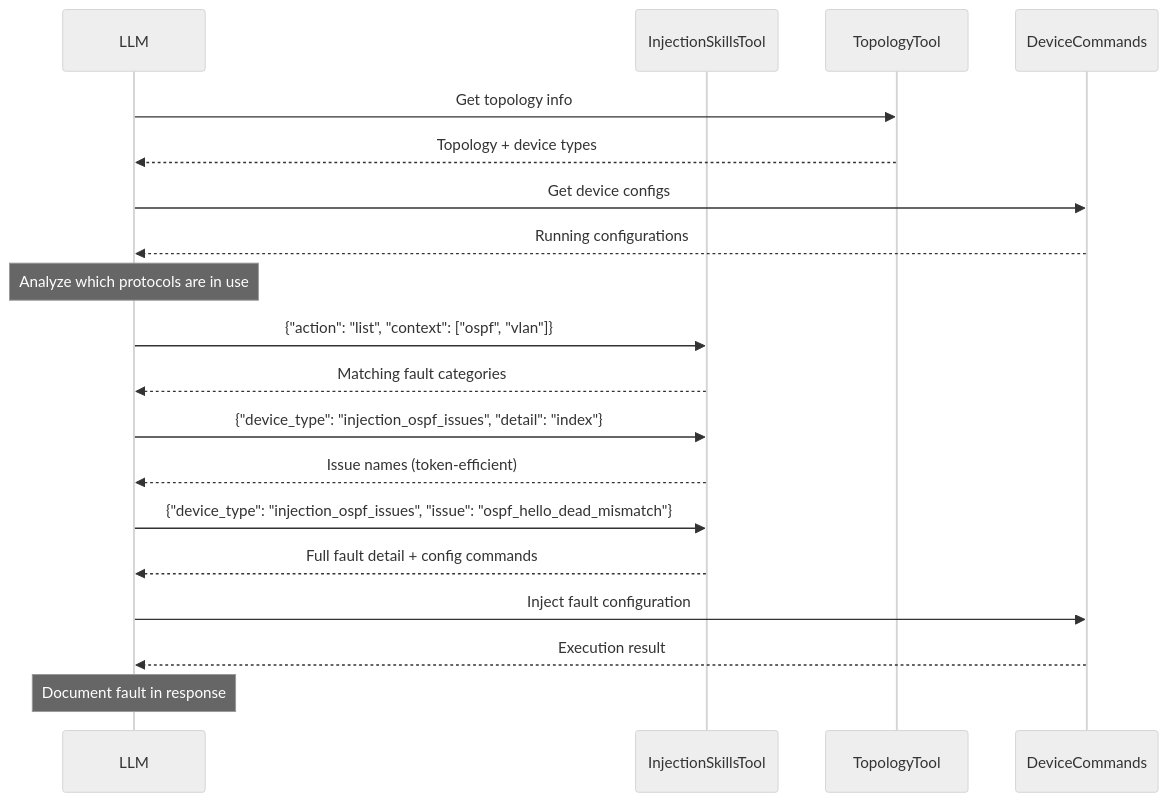
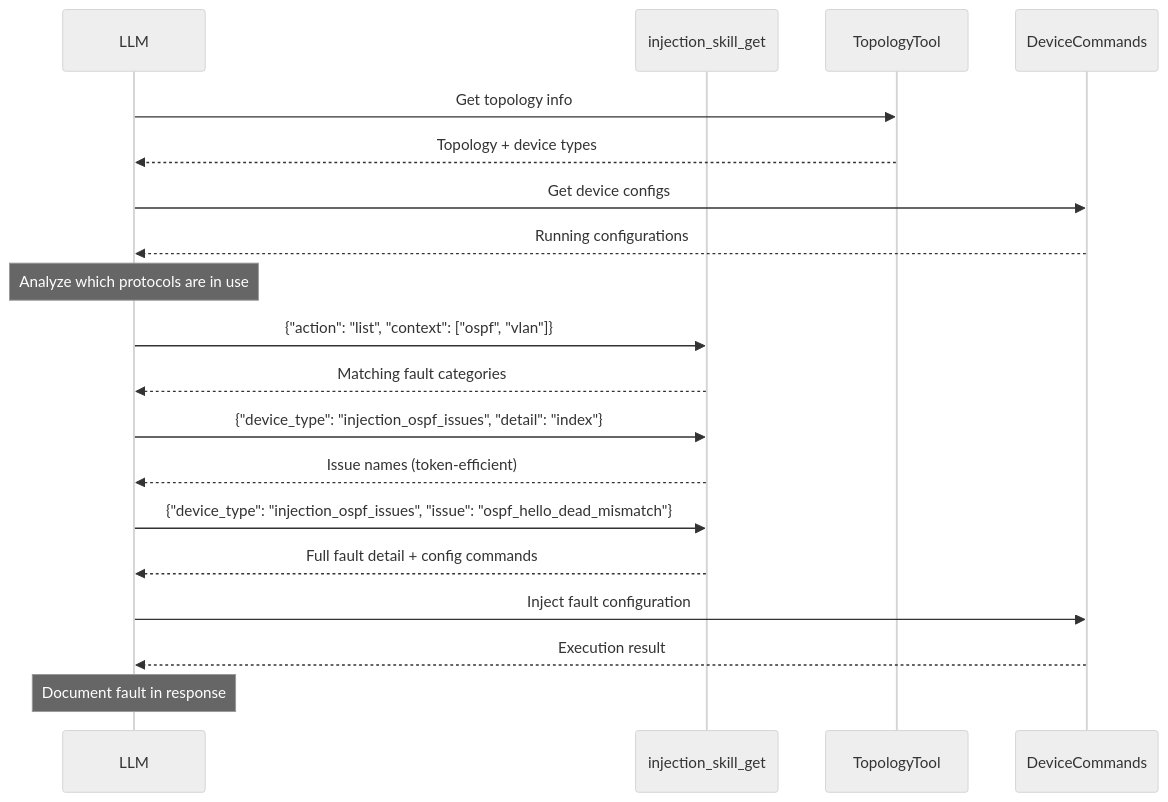
The second of 2 diagrams in docs/gns3-copilot/implemented/fault-injection.md (GNS3/gns3-server), drawn with Mermaid (neutral theme) before and after one commit. The commit also changed other lines of this file and 33 other files, not shown here.

````diff
--- a/docs/gns3-copilot/implemented/fault-injection.md
+++ b/docs/gns3-copilot/implemented/fault-injection.md
@@ -92,29 +92,29 @@
 ```mermaid
 sequenceDiagram
     participant LLM
-    participant InjectionSkillsTool
+    participant injection_skill_get
     participant TopologyTool
     participant DeviceCommands
 
     LLM->>TopologyTool: Get topology info
     TopologyTool-->>LLM: Topology + device types
 
     LLM->>DeviceCommands: Get device configs
     DeviceCommands-->>LLM: Running configurations
 
     Note over LLM: Analyze which protocols are in use
 
-    LLM->>InjectionSkillsTool: {"action": "list", "context": ["ospf", "vlan"]}
-    InjectionSkillsTool-->>LLM: Matching fault categories
+    LLM->>injection_skill_get: {"action": "list", "context": ["ospf", "vlan"]}
+    injection_skill_get-->>LLM: Matching fault categories
 
-    LLM->>InjectionSkillsTool: {"device_type": "injection_ospf_issues", "detail": "index"}
-    InjectionSkillsTool-->>LLM: Issue names (token-efficient)
+    LLM->>injection_skill_get: {"device_type": "injection_ospf_issues", "detail": "index"}
+    injection_skill_get-->>LLM: Issue names (token-efficient)
 
-    LLM->>InjectionSkillsTool: {"device_type": "injection_ospf_issues", "issue": "ospf_hello_dead_mismatch"}
-    InjectionSkillsTool-->>LLM: Full fault detail + config commands
+    LLM->>injection_skill_get: {"device_type": "injection_ospf_issues", "issue": "ospf_hello_dead_mismatch"}
+    injection_skill_get-->>LLM: Full fault detail + config commands
 
     LLM->>DeviceCommands: Inject fault configuration
     DeviceCommands-->>LLM: Execution result
 
     Note over LLM: Document fault in response
 ```
````
